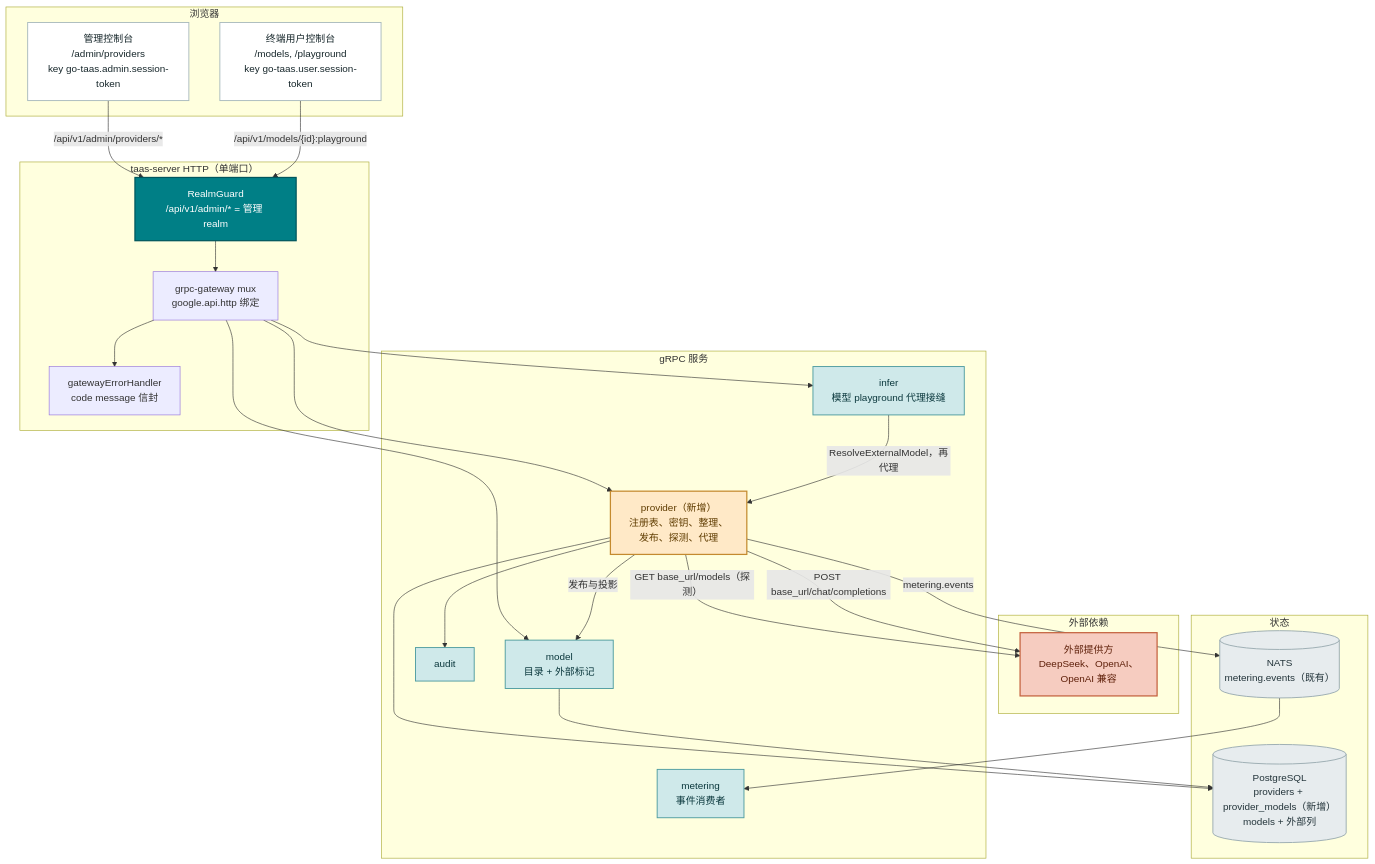
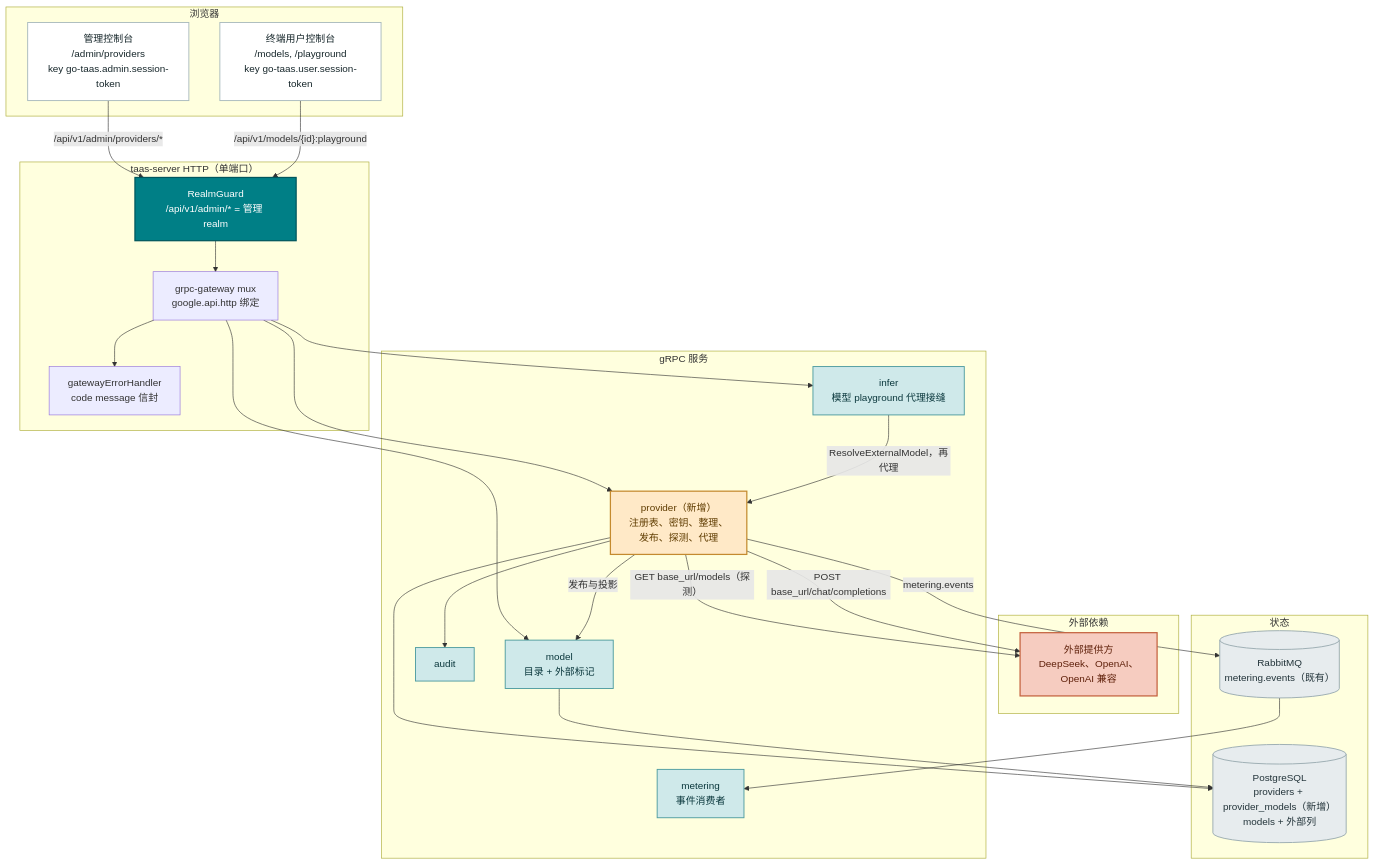
Before and after one commit to go-taas/go-taas: the first of 7 diagrams in site/docs/architecture/external-model-providers.zh-cn.md, drawn with Mermaid. The commit also changed other lines of this file and 35 other files, not shown here.

First line of the commit message:
docs: replace NATS with RabbitMQ across docs

````diff
--- a/site/docs/architecture/external-model-providers.zh-cn.md
+++ b/site/docs/architecture/external-model-providers.zh-cn.md
@@ -80,59 +80,59 @@
 ```mermaid
 flowchart TD
     subgraph browsers["浏览器"]
         AC["管理控制台<br/>/admin/providers<br/>key go-taas.admin.session-token"]
         UC["终端用户控制台<br/>/models, /playground<br/>key go-taas.user.session-token"]
     end
 
     subgraph gateway["taas-server HTTP（单端口）"]
         GUARD["RealmGuard<br/>/api/v1/admin/* = 管理 realm"]
         MUX["grpc-gateway mux<br/>google.api.http 绑定"]
         ERR["gatewayErrorHandler<br/>code message 信封"]
     end
 
     subgraph services["gRPC 服务"]
         PV["provider（新增）<br/>注册表、密钥、整理、<br/>发布、探测、代理"]
         MOD["model<br/>目录 + 外部标记"]
         INF["infer<br/>模型 playground 代理接缝"]
         AUD["audit"]
         MET["metering<br/>事件消费者"]
     end
 
     subgraph external["外部依赖"]
         PR["外部提供方<br/>DeepSeek、OpenAI、<br/>OpenAI 兼容"]
     end
 
     subgraph stores["状态"]
         PG[("PostgreSQL<br/>providers + provider_models（新增）<br/>models + 外部列")]
-        MQ[("NATS<br/>metering.events（既有）")]
+        MQ[("RabbitMQ<br/>metering.events（既有）")]
     end
 
     AC -->|"/api/v1/admin/providers/*"| GUARD
     UC -->|"/api/v1/models/{id}:playground"| GUARD
     GUARD --> MUX
     MUX --> ERR
     MUX --> PV
     MUX --> MOD
     MUX --> INF
     PV --> PG
     PV --> AUD
     PV -->|"GET base_url/models（探测）"| PR
     INF -->|"ResolveExternalModel，再代理"| PV
     PV -->|"POST base_url/chat/completions"| PR
     MOD --> PG
     PV -->|"发布与投影"| MOD
     PV -->|"metering.events"| MQ
     MQ --> MET
     classDef edge fill:#007F86,stroke:#00565C,stroke-width:2px,color:#FFFFFF
     classDef svc fill:#CFE9EA,stroke:#4E9CA0,stroke-width:1.5px,color:#0B383D
     classDef newsvc fill:#FFE9C7,stroke:#C48A2F,stroke-width:2px,color:#5F3C00
     classDef store fill:#E7ECEE,stroke:#9AACB1,stroke-width:1.5px,color:#23343A
     classDef ext fill:#F6CCC0,stroke:#C4623F,stroke-width:2px,color:#5F200A
     classDef consumer fill:#FFFFFF,stroke:#A9BABD,stroke-width:1.5px,color:#17272B
     class AC,UC consumer
     class GUARD edge
     class PV newsvc
     class MOD,INF,AUD,MET svc
     class PG,MQ store
     class PR ext
 ```
````
